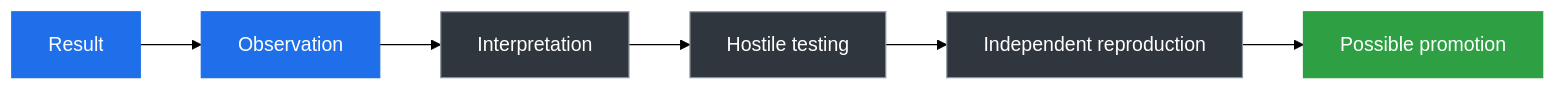
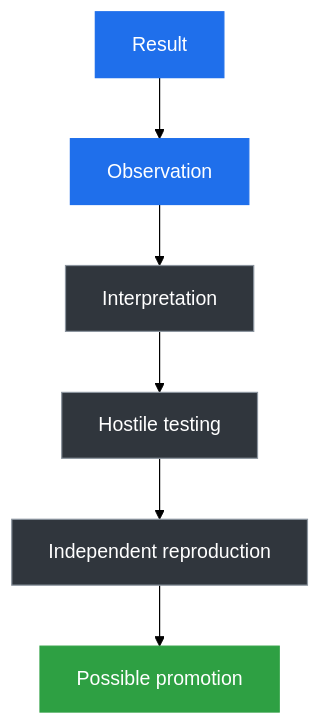
Before and after one commit to cameron467/The-Unbreakable-Law: the fifth of 5 diagrams in Simplified_Framework/WHY_THIS_IS_NOT_A_THEORY_OF_EVERYTHING_YET.md, drawn with Mermaid (forest theme). The commit also changed other lines of this file, not shown here.

````diff
--- a/Simplified_Framework/WHY_THIS_IS_NOT_A_THEORY_OF_EVERYTHING_YET.md
+++ b/Simplified_Framework/WHY_THIS_IS_NOT_A_THEORY_OF_EVERYTHING_YET.md
@@ -311,17 +318,24 @@
 ```mermaid
-flowchart LR
+flowchart TB
 
-    A["Result"] --> B["Observation"]
-    B --> C["Interpretation"]
-    C --> D["Hostile testing"]
-    D --> E["Independent reproduction"]
-    E --> F["Possible promotion"]
+    A["Result"]
+    B["Observation"]
+    C["Interpretation"]
+    D["Hostile testing"]
+    E["Independent reproduction"]
+    F["Possible promotion"]
+
+    A --> B
+    B --> C
+    C --> D
+    D --> E
+    E --> F
 
     classDef observed fill:#1f6feb,stroke:#1f6feb,color:#ffffff;
     classDef uncertain fill:#30363d,stroke:#8b949e,color:#ffffff;
     classDef promoted fill:#2ea043,stroke:#2ea043,color:#ffffff;
 
     class A,B observed;
     class C,D,E uncertain;
     class F promoted;
 ```
````
